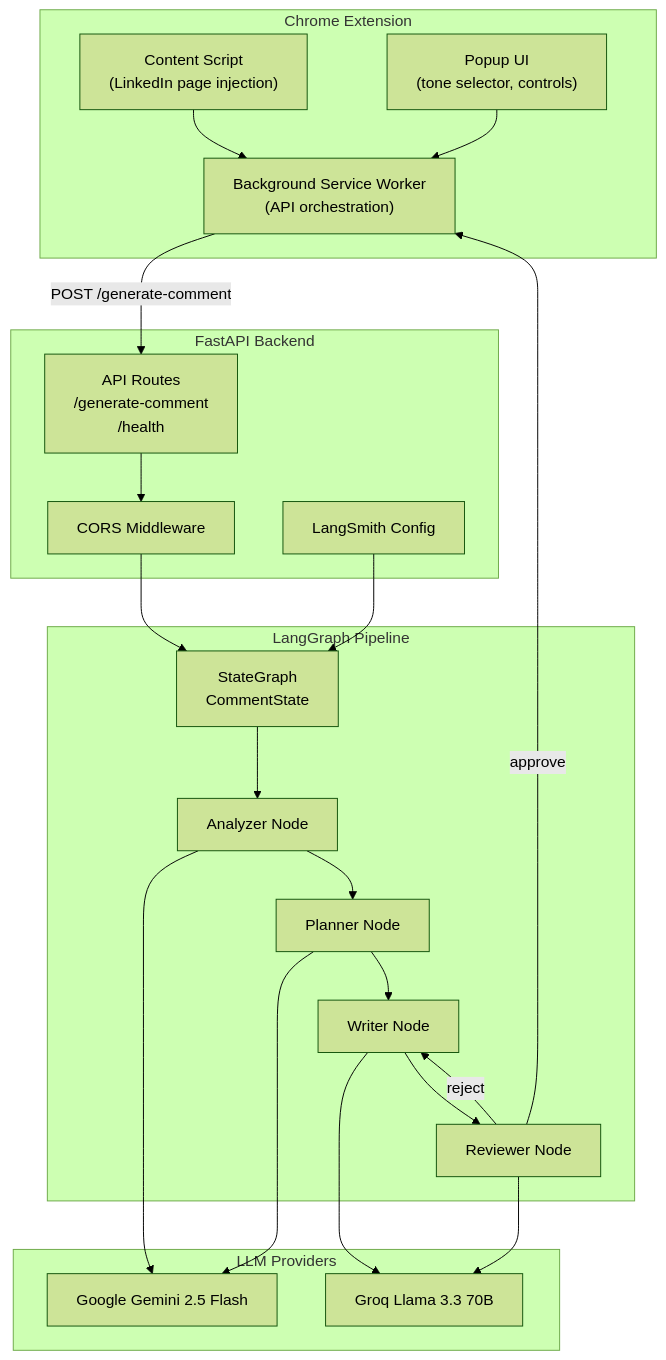
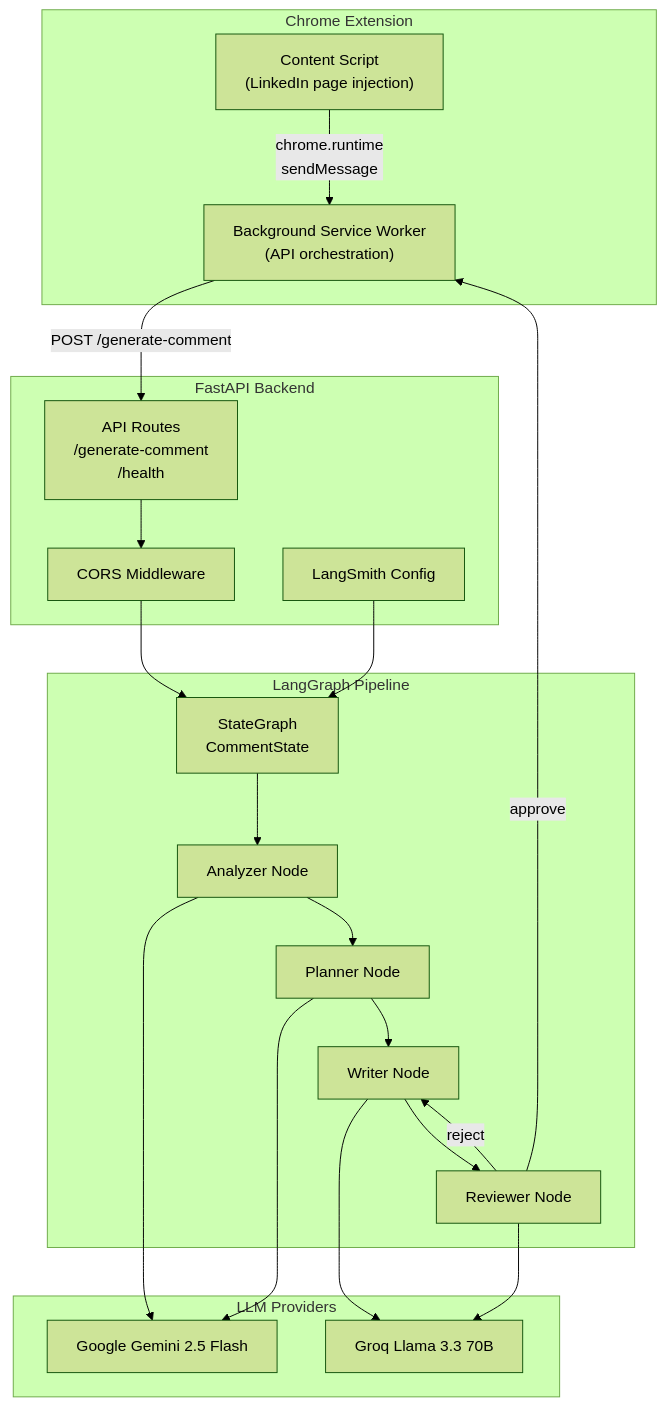
One commit to himanshu231204/linkedin-ai-comment-copilot changed the second of 9 diagrams in doc/ARCHITECTURE.md. Above: the diagram before and after it, drawn with Mermaid (forest theme). The commit also changed other lines of this file and 2 other files, not shown here.

Commit message:
feat: enhance README and architecture documentation with new comment card features and updated message flow

````diff
--- a/doc/ARCHITECTURE.md
+++ b/doc/ARCHITECTURE.md
@@ -59,44 +59,42 @@
 ```mermaid
 graph TB
     subgraph "Chrome Extension"
         CTX["Content Script<br/>(LinkedIn page injection)"]
-        POP["Popup UI<br/>(tone selector, controls)"]
         BG["Background Service Worker<br/>(API orchestration)"]
     end
 
     subgraph "FastAPI Backend"
         ROUTE["API Routes<br/>/generate-comment<br/>/health"]
         CORS["CORS Middleware"]
         LS["LangSmith Config"]
     end
 
     subgraph "LangGraph Pipeline"
         GRAPH["StateGraph<br/>CommentState"]
         AN["Analyzer Node"]
         PL["Planner Node"]
         WR["Writer Node"]
         RV["Reviewer Node"]
     end
 
     subgraph "LLM Providers"
         GEMINI["Google Gemini 2.5 Flash"]
         GROQLLAMA["Groq Llama 3.3 70B"]
     end
 
-    CTX --> BG
-    POP --> BG
+    CTX -->|"chrome.runtime<br/>sendMessage"| BG
     BG -->|"POST /generate-comment"| ROUTE
     ROUTE --> CORS
     CORS --> GRAPH
     LS --> GRAPH
     GRAPH --> AN
     AN --> PL
     PL --> WR
     WR --> RV
     RV -->|"reject"| WR
     RV -->|"approve"| BG
     AN --> GEMINI
     PL --> GEMINI
     WR --> GROQLLAMA
     RV --> GROQLLAMA
 ```
````
